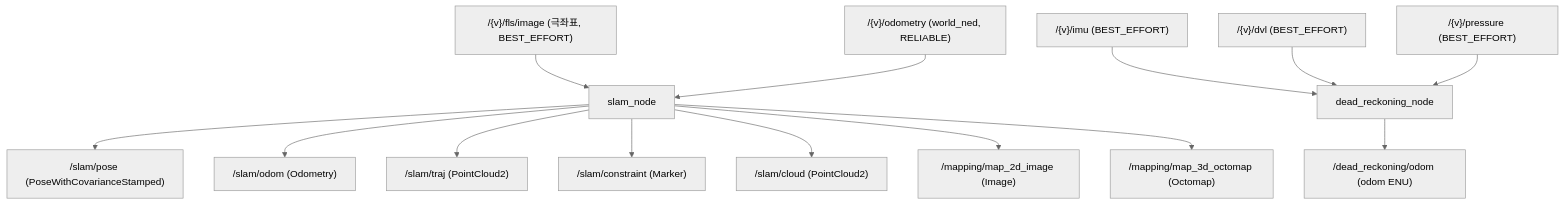
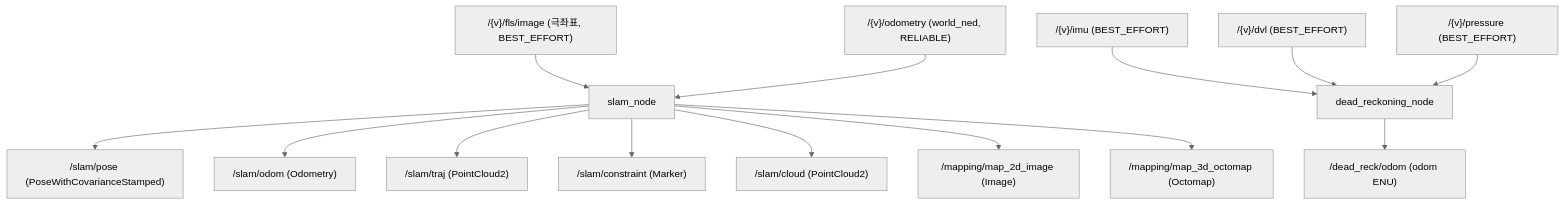
The diagram in docs/site/docs/architecture/nodes-topics.md (HERO-Lab-POSTECH/stonefish_slam), drawn with Mermaid (neutral theme) before and after one commit. The commit also changed other lines of this file and 2 other files, not shown here.

First line of the commit message:
docs: add Docker install section + fix dead_reck topic names

````diff
--- a/docs/site/docs/architecture/nodes-topics.md
+++ b/docs/site/docs/architecture/nodes-topics.md
@@ -70,35 +71,35 @@
 ```mermaid
 flowchart TD
     FLS["/{v}/fls/image (극좌표, BEST_EFFORT)"]
     ODOM["/{v}/odometry (world_ned, RELIABLE)"]
     IMU["/{v}/imu (BEST_EFFORT)"]
     DVL["/{v}/dvl (BEST_EFFORT)"]
     PRES["/{v}/pressure (BEST_EFFORT)"]
 
     SLAM["slam_node"]
     DR["dead_reckoning_node"]
 
     POSE["/slam/pose (PoseWithCovarianceStamped)"]
     SODOM["/slam/odom (Odometry)"]
     TRAJ["/slam/traj (PointCloud2)"]
     CONS["/slam/constraint (Marker)"]
     CLOUD["/slam/cloud (PointCloud2)"]
     MAP2D["/mapping/map_2d_image (Image)"]
     MAP3D["/mapping/map_3d_octomap (Octomap)"]
-    DRODOM["/dead_reckoning/odom (odom ENU)"]
+    DRODOM["/dead_reck/odom (odom ENU)"]
 
     FLS --> SLAM
     ODOM --> SLAM
     IMU --> DR
     DVL --> DR
     PRES --> DR
 
     SLAM --> POSE
     SLAM --> SODOM
     SLAM --> TRAJ
     SLAM --> CONS
     SLAM --> CLOUD
     SLAM --> MAP2D
     SLAM --> MAP3D
     DR --> DRODOM
 ```
````
